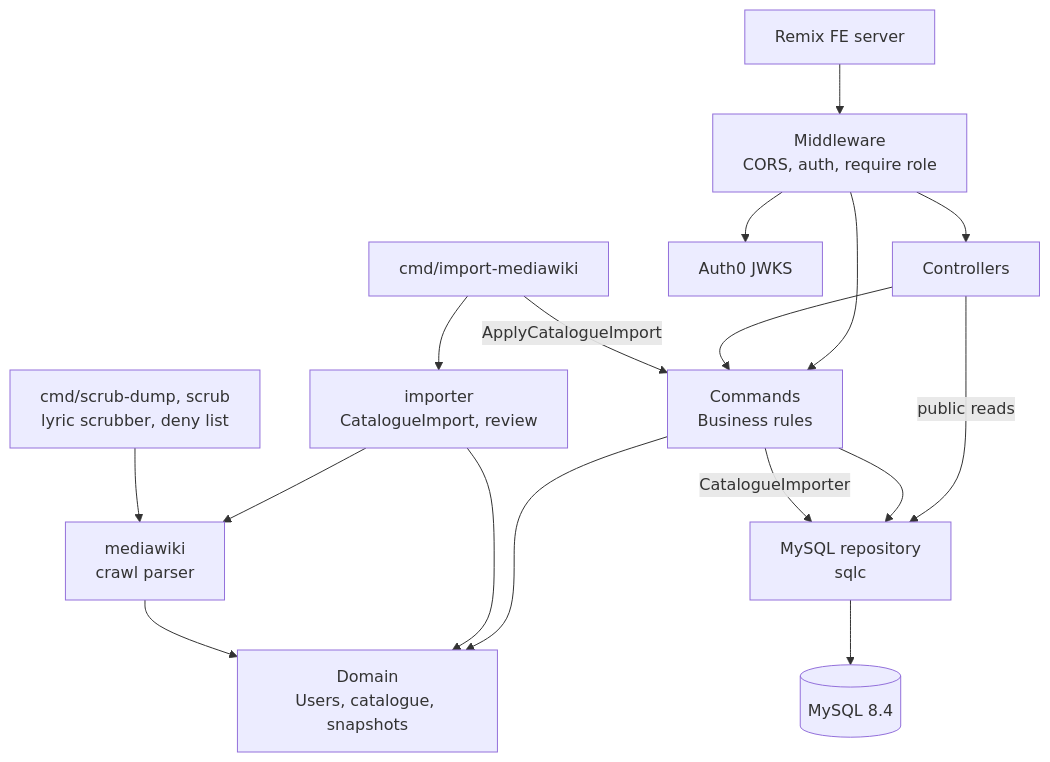
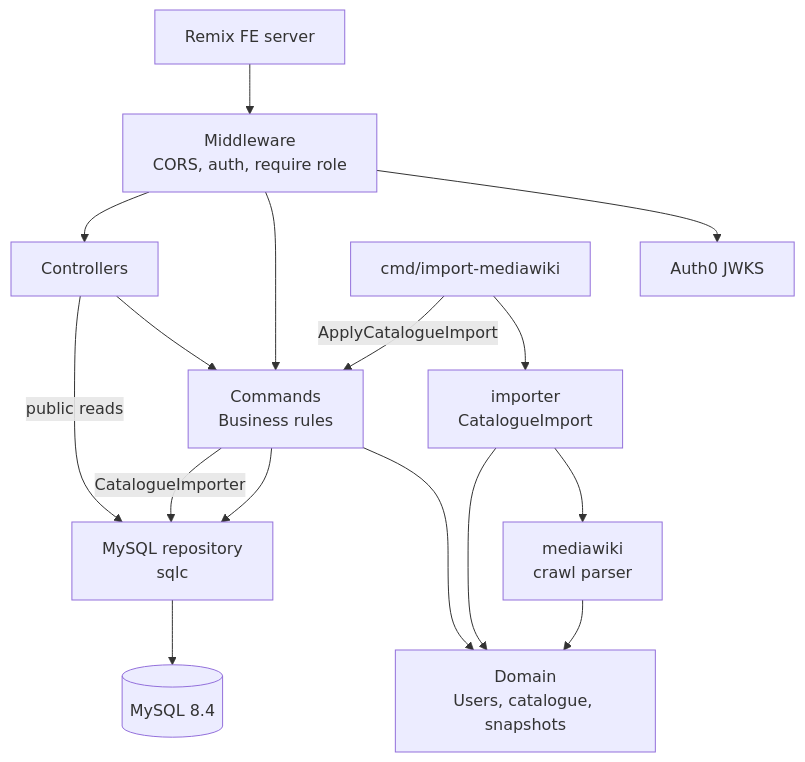
The diagram in README.md (jbeshir/bardic-torch), drawn with Mermaid before and after one commit. The commit also changed other lines of this file and 3 other files, not shown here.

First line of the commit message:
docs: drop the import review, scrub-dump and name-privacy text; Bearer <jwt>

````diff
--- a/README.md
+++ b/README.md
@@ -52,32 +52,30 @@
 ```mermaid
 graph TD
     FE[Remix FE server]
     MW[Middleware<br/>CORS, auth, require role]
     CTRL[Controllers]
     CMD[Commands<br/>Business rules]
     DOM[Domain<br/>Users, catalogue, snapshots]
     REPO[MySQL repository<br/>sqlc]
     DB[(MySQL 8.4)]
     AUTH0[Auth0 JWKS]
     IMPCMD[cmd/import-mediawiki]
     MWIKI[mediawiki<br/>crawl parser]
-    IMPORTER[importer<br/>CatalogueImport, review]
-    SCRUB[cmd/scrub-dump, scrub<br/>lyric scrubber, deny list]
+    IMPORTER[importer<br/>CatalogueImport]
 
     FE --> MW
     MW --> AUTH0
     MW --> CMD
     MW --> CTRL
     CTRL --> CMD
     CTRL -->|public reads| REPO
     CMD --> DOM
     CMD --> REPO
     REPO --> DB
     IMPCMD --> IMPORTER
     IMPORTER --> MWIKI
     IMPORTER --> DOM
     MWIKI --> DOM
-    SCRUB --> MWIKI
     IMPCMD -->|ApplyCatalogueImport| CMD
     CMD -->|CatalogueImporter| REPO
 ```
````
